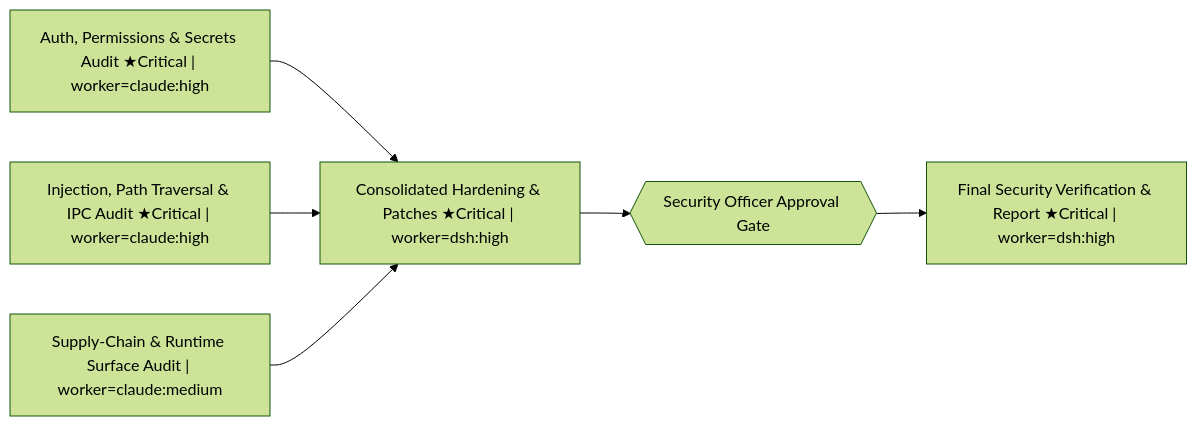
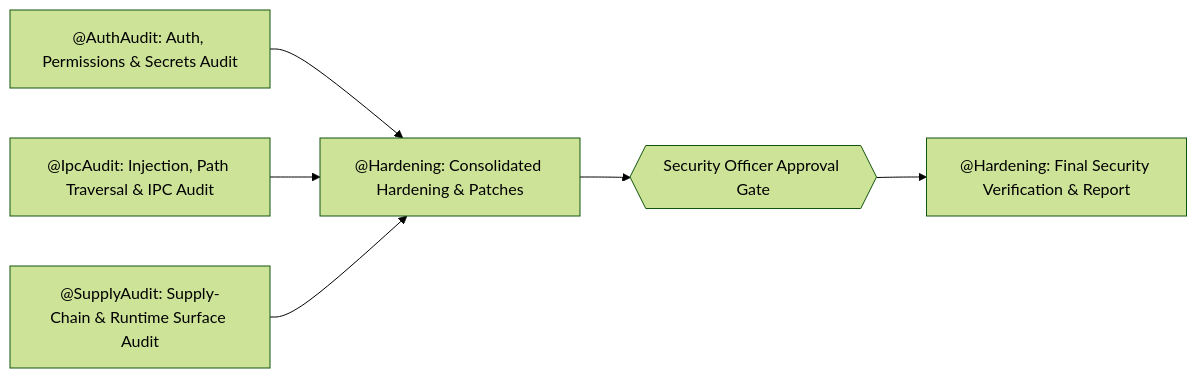
The diagram in examples/blueprints/security-audit-swarm.md (Daijunfan/Aexus-Code), drawn with Mermaid (forest theme) before and after one commit. The commit also changed other lines of this file and 108 other files, not shown here.

````diff
--- a/examples/blueprints/security-audit-swarm.md
+++ b/examples/blueprints/security-audit-swarm.md
@@ -1,14 +5,8 @@
 ```mermaid
 flowchart LR
-  %% @pos N1 204,4
-  %% @pos N2 204,260
-  %% @pos N3 204,516
-  %% @pos N4 598,260
-  %% @pos U1 992,260
-  %% @pos N5 1386,260
-  N1["Auth, Permissions & Secrets Audit ★Critical | worker=claude:high"] --> N4["Consolidated Hardening & Patches ★Critical | worker=dsh:high"]
-  N2["Injection, Path Traversal & IPC Audit ★Critical | worker=claude:high"] --> N4
-  N3["Supply-Chain & Runtime Surface Audit | worker=claude:medium"] --> N4
+  N1["@AuthAudit: Auth, Permissions & Secrets Audit"] --> N4["@Hardening: Consolidated Hardening & Patches"]
+  N2["@IpcAudit: Injection, Path Traversal & IPC Audit"] --> N4
+  N3["@SupplyAudit: Supply-Chain & Runtime Surface Audit"] --> N4
   N4 --> U1{{"Security Officer Approval Gate"}}
-  U1 --> N5["Final Security Verification & Report ★Critical | worker=dsh:high"]
+  U1 --> N5["@Hardening: Final Security Verification & Report"]
 ```
````
